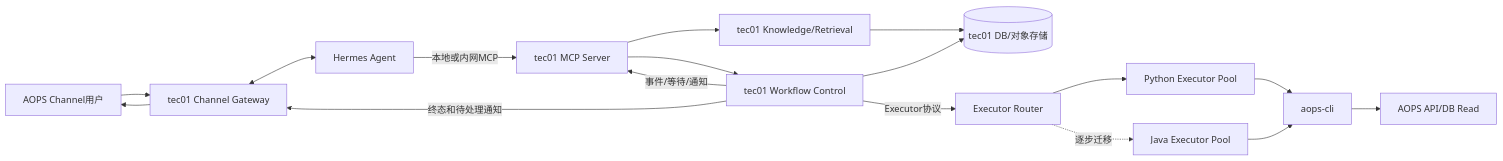
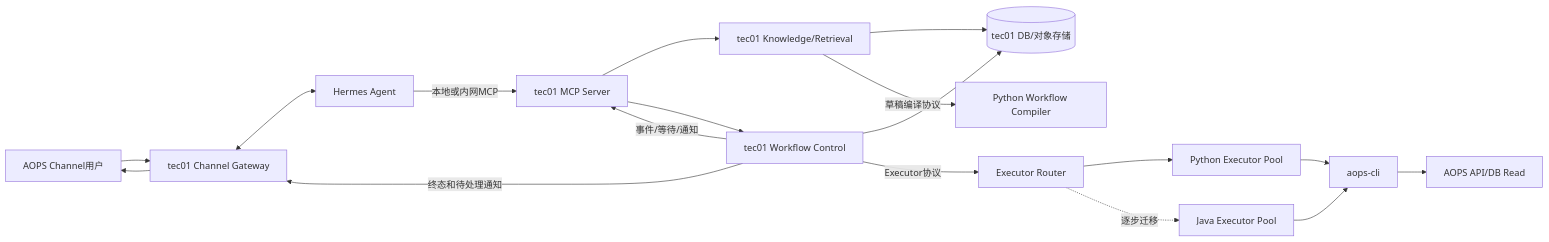
Before and after one commit to armin1024/itsm-workflow: the first of 9 diagrams in docs/tec01-control-plane-split.md, drawn with Mermaid. The commit also changed other lines of this file, not shown here.

Commit message:
docs: assign workflow draft compilation to runtime service

````diff
--- a/docs/tec01-control-plane-split.md
+++ b/docs/tec01-control-plane-split.md
@@ -28,22 +28,23 @@
 ```mermaid
 flowchart LR
     User[AOPS Channel用户] --> Gateway[tec01 Channel Gateway]
     Gateway <--> Hermes[Hermes Agent]
     Hermes -->|本地或内网MCP| MCP[tec01 MCP Server]
 
     MCP --> Knowledge[tec01 Knowledge/Retrieval]
     MCP --> Control[tec01 Workflow Control]
     Knowledge --> Store[(tec01 DB/对象存储)]
     Control --> Store
 
     Control -->|Executor协议| Router[Executor Router]
+    Knowledge -->|草稿编译协议| Compiler[Python Workflow Compiler]
     Router --> Py[Python Executor Pool]
     Router -.逐步迁移.-> Java[Java Executor Pool]
     Py --> CLI[aops-cli]
     Java --> CLI
     CLI --> AOPS[AOPS API/DB Read]
 
     Control -->|事件/等待/通知| MCP
     Control -->|终态和待处理通知| Gateway
     Gateway --> User
 ```
````
